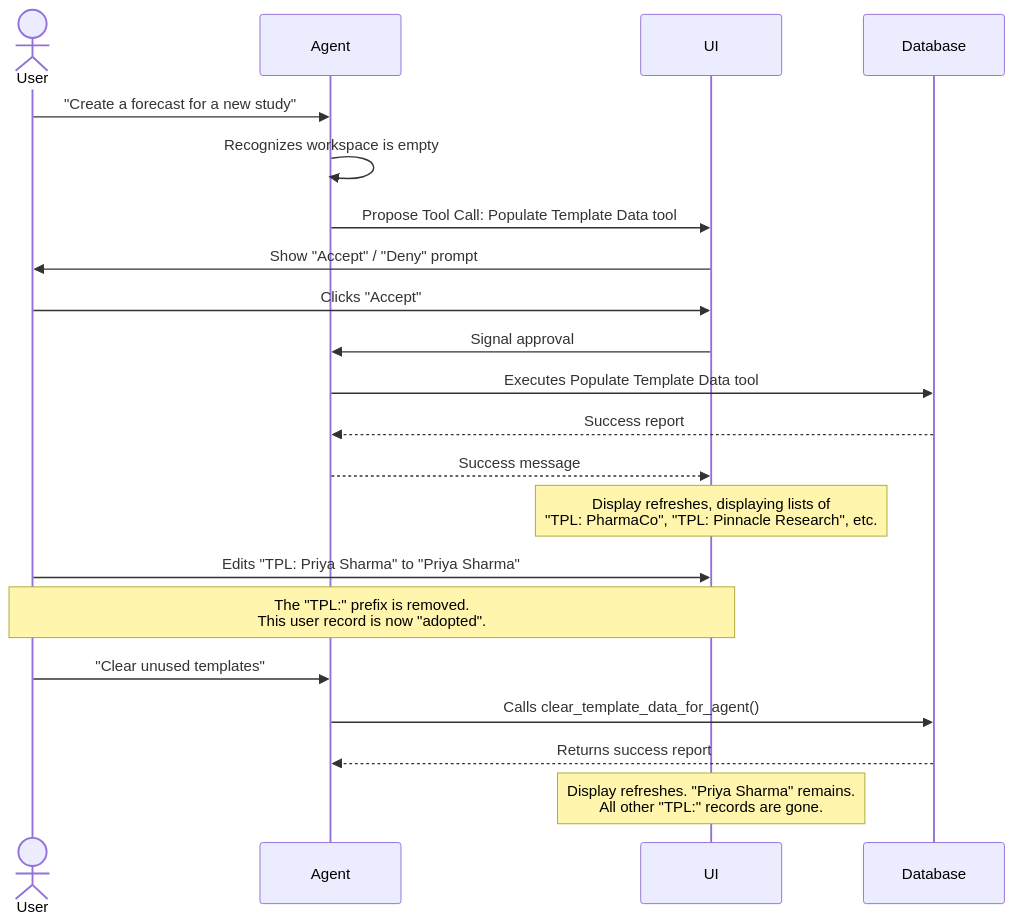
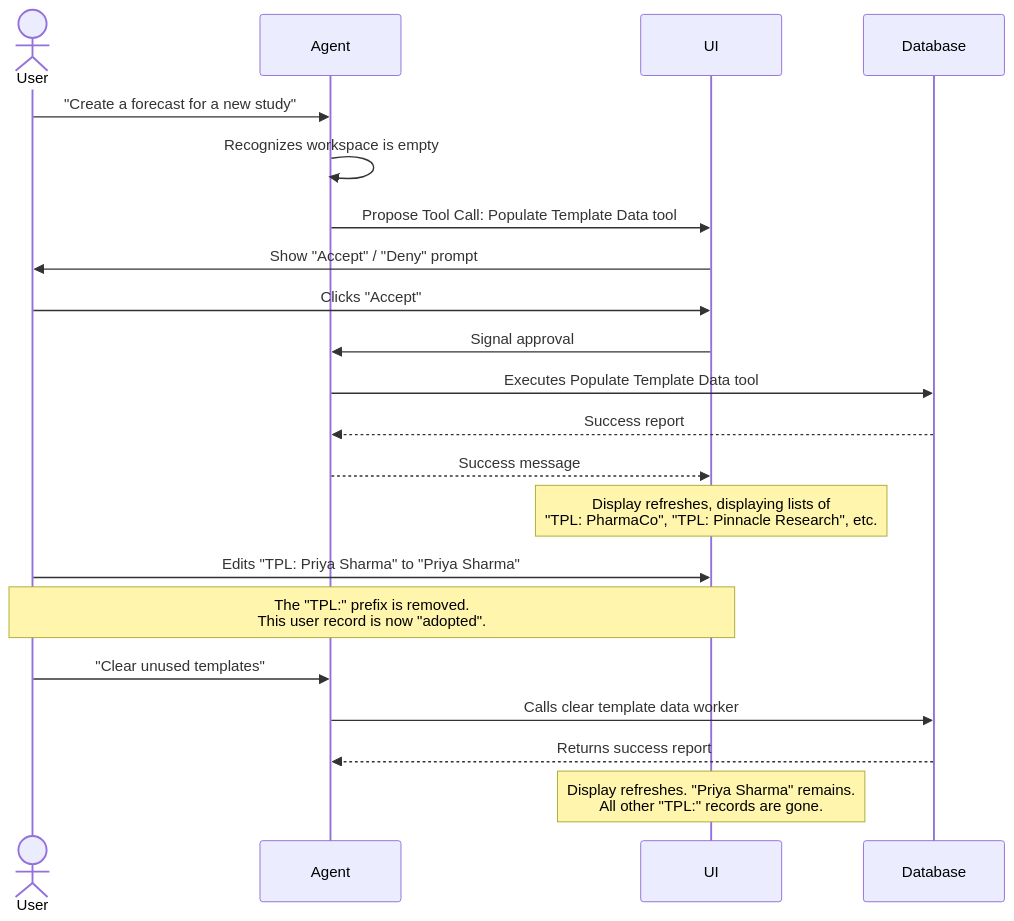
The first of 3 diagrams in README.md (ctfbio/ctfbio-ai), drawn with Mermaid before and after one commit.

````diff
--- a/README.md
+++ b/README.md
@@ -59,27 +59,27 @@
 ```mermaid
 sequenceDiagram
     actor User
     participant Agent
     participant UI
     participant Database
 
     User->>Agent: "Create a forecast for a new study"
     Agent->>Agent: Recognizes workspace is empty
     Agent->>UI: Propose Tool Call: Populate Template Data tool
     UI->>User: Show "Accept" / "Deny" prompt
 
     User->>UI: Clicks "Accept"
     UI->>Agent: Signal approval
     Agent->>Database: Executes Populate Template Data tool
     Database-->>Agent: Success report
     Agent-->>UI: Success message
     Note over UI: Display refreshes, displaying lists of<br/>"TPL: PharmaCo", "TPL: Pinnacle Research", etc.
 
     User->>UI: Edits "TPL: Priya Sharma" to "Priya Sharma"
     Note over User, UI: The "TPL:" prefix is removed.<br/>This user record is now "adopted".
 
     User->>Agent: "Clear unused templates"
-    Agent->>Database: Calls clear_template_data_for_agent()
+    Agent->>Database: Calls clear template data worker
     Database-->>Agent: Returns success report
     Note over UI: Display refreshes. "Priya Sharma" remains.<br/>All other "TPL:" records are gone.
 ```
````
